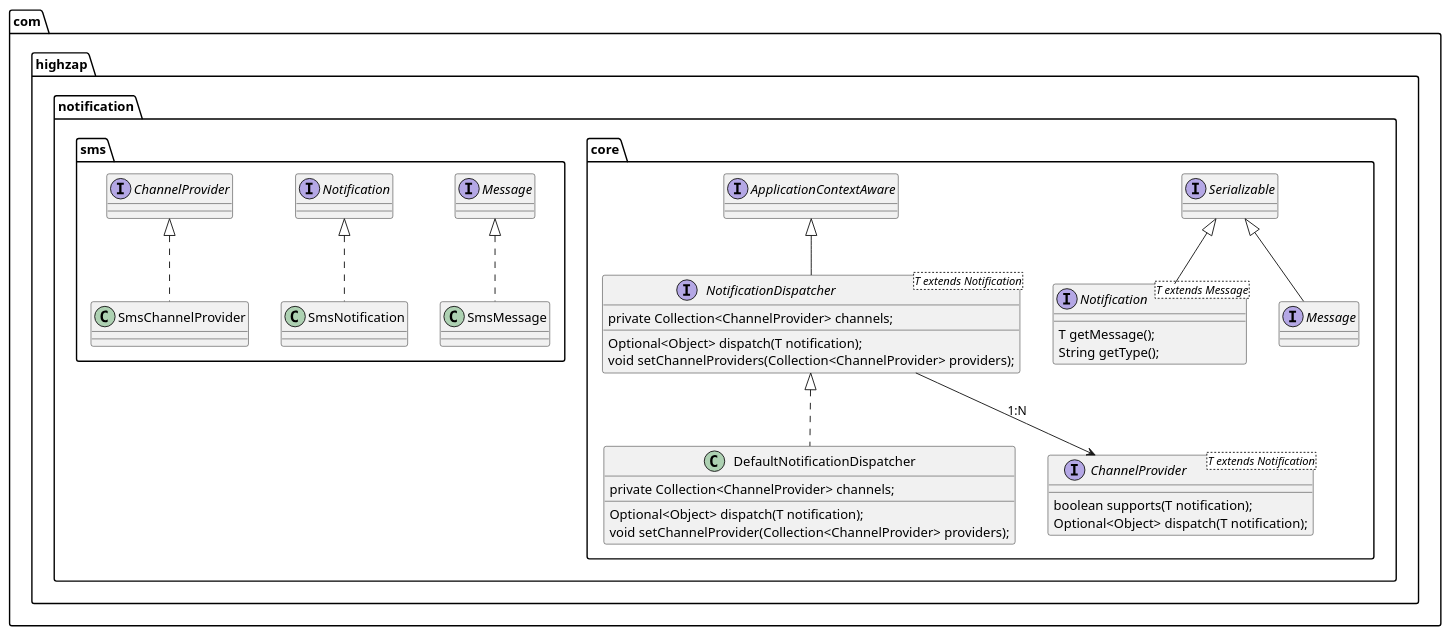
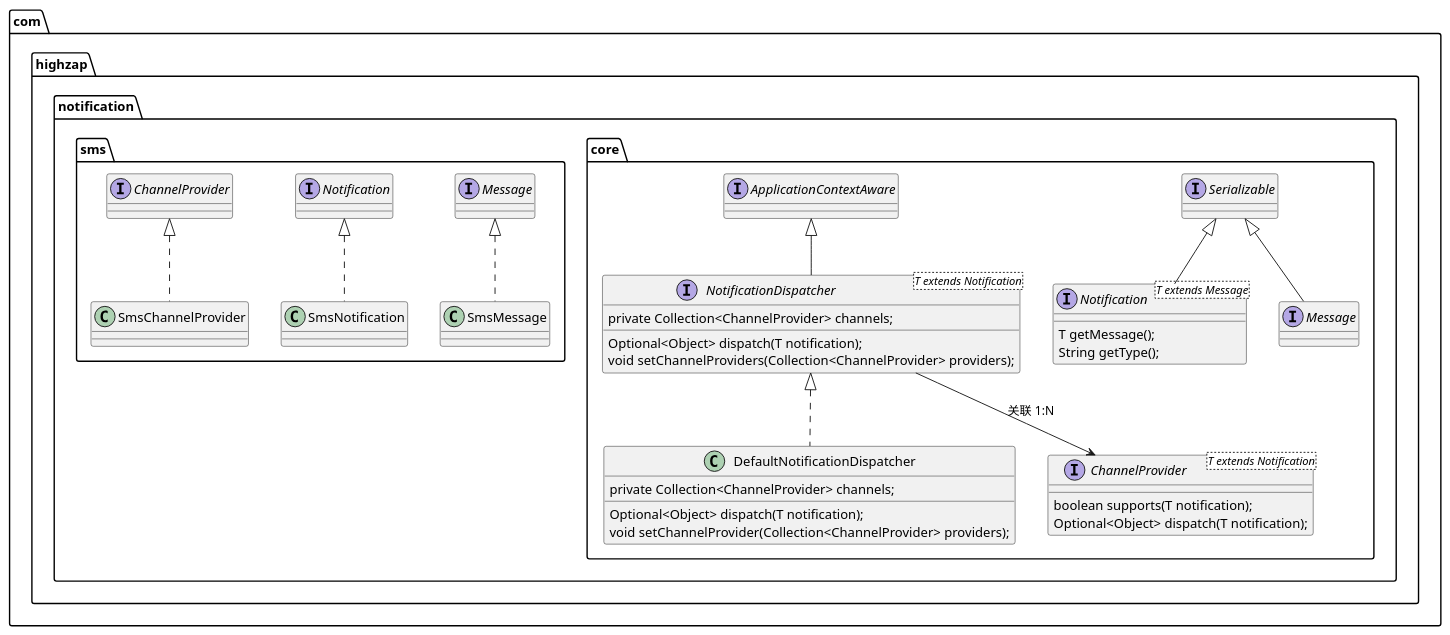
One commit to JL-Code/thinking-in-java changed the diagram in mnc-poc/doc/MNC-Class.puml. Above: the diagram before and after it, drawn with PlantUML. The commit also changed 6 other files, not shown here.

```diff
--- a/mnc-poc/doc/MNC-Class.puml
+++ b/mnc-poc/doc/MNC-Class.puml
@@ -1,39 +1,39 @@
 @startuml
 'https://plantuml.com/class-diagram
 
 package com.highzap.notification.core{
 
 interface Notification<T extends Message> extends Serializable{
     T getMessage();
     String getType();
 }
 
 interface Message extends Serializable{}
 
 interface NotificationDispatcher<T extends Notification> implements ApplicationContextAware{
     private Collection<ChannelProvider> channels;
     Optional<Object> dispatch(T notification);
     void setChannelProviders(Collection<ChannelProvider> providers);
 }
 
 class DefaultNotificationDispatcher implements NotificationDispatcher {
     private Collection<ChannelProvider> channels;
     Optional<Object> dispatch(T notification);
     void setChannelProvider(Collection<ChannelProvider> providers);
 }
 
 interface ChannelProvider<T extends Notification> {
     boolean supports(T notification);
     Optional<Object> dispatch(T notification);
 }
 
-NotificationDispatcher --> ChannelProvider : 1:N
+NotificationDispatcher --> ChannelProvider : 关联 1:N
 }
 
 package com.highzap.notification.sms {
     class SmsMessage implements Message {}
     class SmsNotification implements Notification {}
     class SmsChannelProvider implements ChannelProvider {}
 }
 
 @enduml
```
